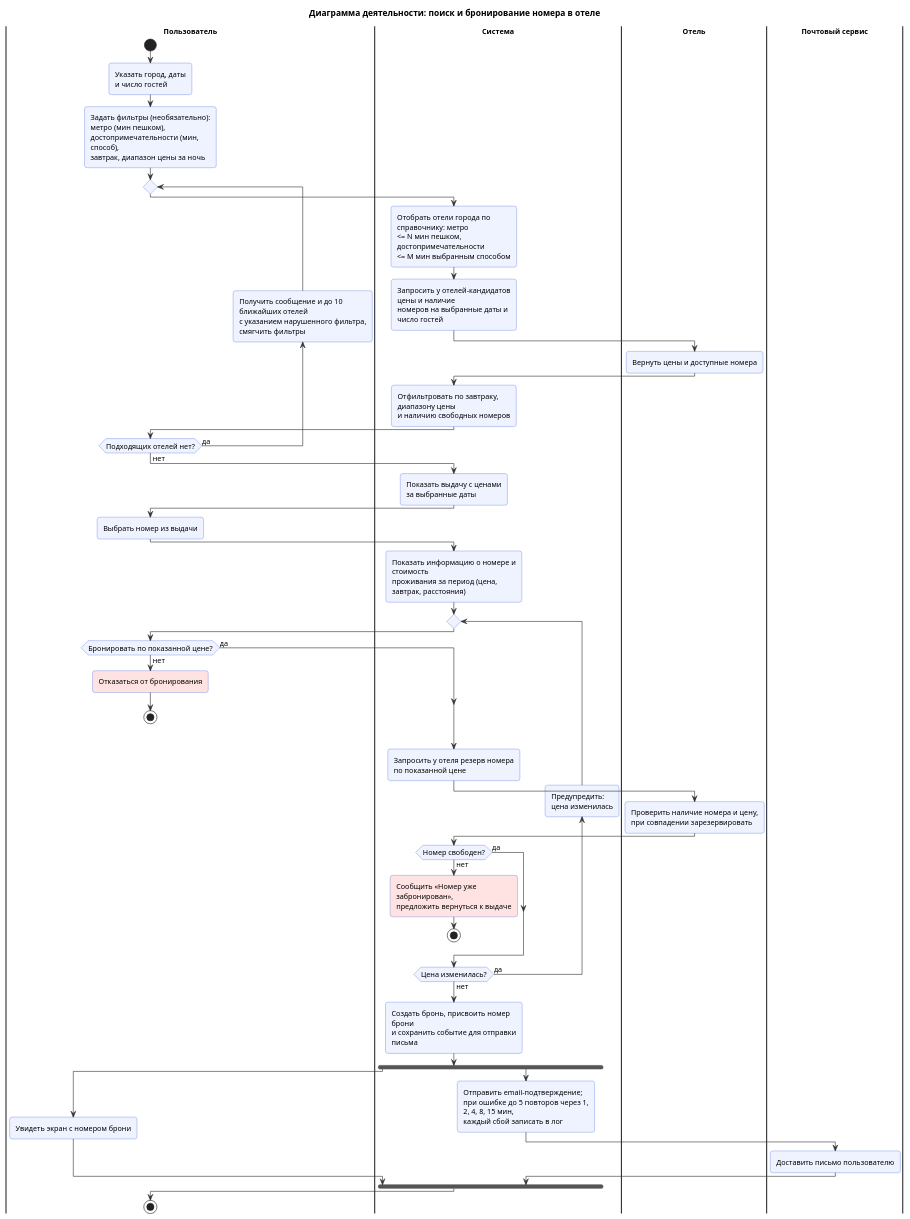
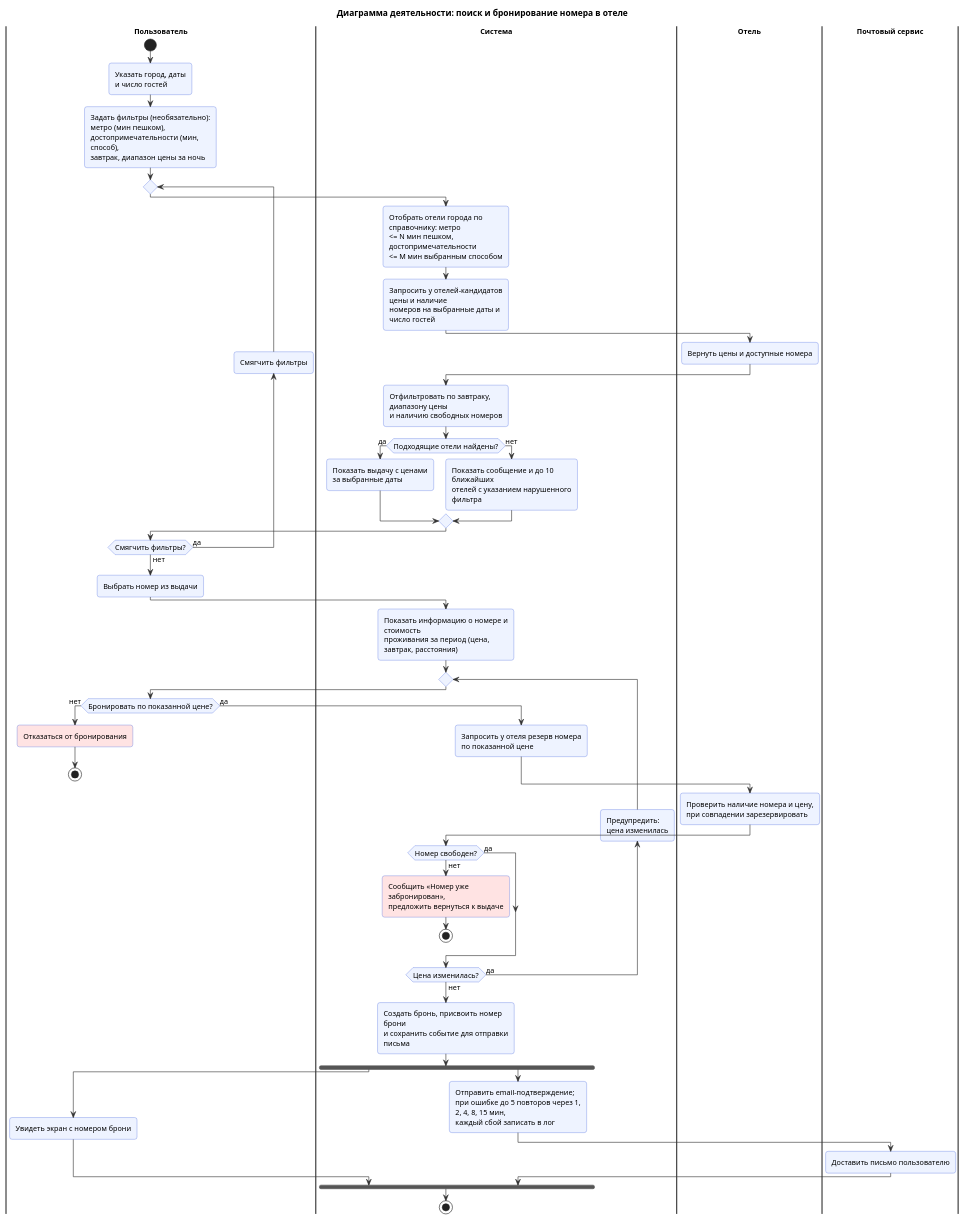
One commit to Remsely/cu-system-analysis changed the diagram in hw2/1_2_activity.puml. Above: the diagram before and after it, drawn with PlantUML.

Commit message:
fix: split empty-results step, clean booking branch, end flow in system lane
- System shows results or a message with up to 10 nearest hotels;
  the user then decides "Смягчить фильтры?" (and may pick a hotel from
  the nearest ones), instead of one merged user action.
- Reservation request moved inside the "да" branch to remove the
  extra arrowhead from the empty-branch merge.
- Final node placed in the system lane right after the join.

Claude-Session: https://claude.ai/code/session_01GqxdLWzwTh89iq96gpoYoC

```diff
--- a/hw2/1_2_activity.puml
+++ b/hw2/1_2_activity.puml
@@ -1,73 +1,75 @@
 @startuml
 skinparam shadowing false
 skinparam defaultFontSize 12
 skinparam backgroundColor white
 skinparam roundCorner 8
 skinparam ArrowColor #333333
 skinparam wrapWidth 220
 skinparam activity {
   BackgroundColor #EEF3FF
   BorderColor #3B5BDB
 }
 skinparam swimlaneTitleFontStyle bold
 
 title Диаграмма деятельности: поиск и бронирование номера в отеле
 
 |Пользователь|
 start
 :Указать город, даты\nи число гостей;
 
 :Задать фильтры (необязательно): метро (мин пешком),\nдостопримечательности (мин, способ),\nзавтрак, диапазон цены за ночь;
 repeat
   |Система|
   :Отобрать отели города по справочнику: метро\n<= N мин пешком, достопримечательности\n<= M мин выбранным способом;
   :Запросить у отелей-кандидатов цены и наличие\nномеров на выбранные даты и число гостей;
   |Отель|
   :Вернуть цены и доступные номера;
   |Система|
   :Отфильтровать по завтраку, диапазону цены\nи наличию свободных номеров;
+  if (Подходящие отели найдены?) then (да)
+    :Показать выдачу с ценами\nза выбранные даты;
+  else (нет)
+    :Показать сообщение и до 10 ближайших\nотелей с указанием нарушенного фильтра;
+  endif
   |Пользователь|
-backward :Получить сообщение и до 10 ближайших отелей\nс указанием нарушенного фильтра, смягчить фильтры;
-repeat while (Подходящих отелей нет?) is (да) not (нет)
-|Система|
-:Показать выдачу с ценами\nза выбранные даты;
+backward :Смягчить фильтры;
+repeat while (Смягчить фильтры?) is (да) not (нет)
 
 |Пользователь|
 :Выбрать номер из выдачи;
 |Система|
 :Показать информацию о номере и стоимость\nпроживания за период (цена, завтрак, расстояния);
 repeat
   |Пользователь|
   if (Бронировать по показанной цене?) then (нет)
     #FFE3E3:Отказаться от бронирования;
     stop
   else (да)
+    |Система|
+    :Запросить у отеля резерв номера\nпо показанной цене;
   endif
-  |Система|
-  :Запросить у отеля резерв номера\nпо показанной цене;
   |Отель|
   :Проверить наличие номера и цену,\nпри совпадении зарезервировать;
   |Система|
   if (Номер свободен?) then (нет)
     #FFE3E3:Сообщить «Номер уже забронирован»,\nпредложить вернуться к выдаче;
     stop
   else (да)
   endif
 |Система|
 backward :Предупредить:\nцена изменилась;
 repeat while (Цена изменилась?) is (да) not (нет)
 
 :Создать бронь, присвоить номер брони\nи сохранить событие для отправки письма;
 fork
   |Пользователь|
   :Увидеть экран с номером брони;
 fork again
   |Система|
   :Отправить email-подтверждение;\nпри ошибке до 5 повторов через 1, 2, 4, 8, 15 мин,\nкаждый сбой записать в лог;
   |Почтовый сервис|
   :Доставить письмо пользователю;
   |Система|
 end fork
-|Пользователь|
 stop
 @enduml
```
